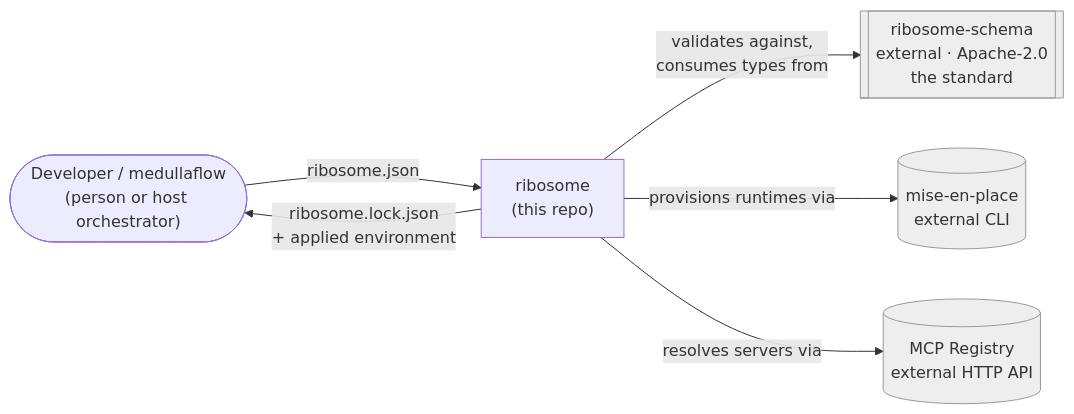
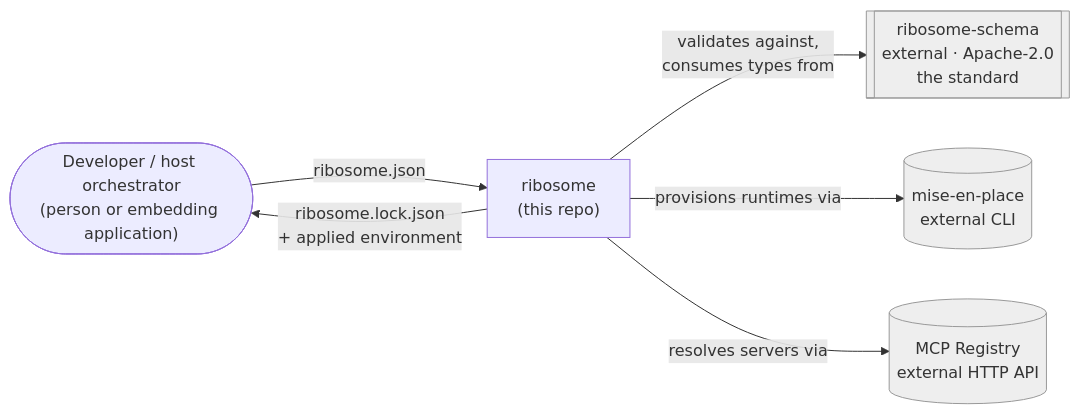
One commit to medullaflow/ribosome changed the first of 3 diagrams in docs/ARCHITECTURE.md. Above: the diagram before and after it, drawn with Mermaid. The commit also changed 5 other files, not shown here.

````diff
--- a/docs/ARCHITECTURE.md
+++ b/docs/ARCHITECTURE.md
@@ -40,17 +40,17 @@
 ```mermaid
 flowchart LR
-    USER(["Developer / medullaflow<br/>(person or host orchestrator)"])
+    USER(["Developer / host orchestrator<br/>(person or embedding application)"])
     RIBO["ribosome<br/>(this repo)"]
     SCHEMA[["ribosome-schema<br/>external · Apache-2.0<br/>the standard"]]
     MISE[("mise-en-place<br/>external CLI")]
     REGISTRY[("MCP Registry<br/>external HTTP API")]
 
     USER -->|"ribosome.json"| RIBO
     RIBO -->|"ribosome.lock.json<br/>+ applied environment"| USER
     RIBO -->|"validates against,<br/>consumes types from"| SCHEMA
     RIBO -->|"provisions runtimes via"| MISE
     RIBO -->|"resolves servers via"| REGISTRY
 
     classDef ext fill:#eee,stroke:#999,color:#333;
     class SCHEMA,MISE,REGISTRY ext;
 ```
````
